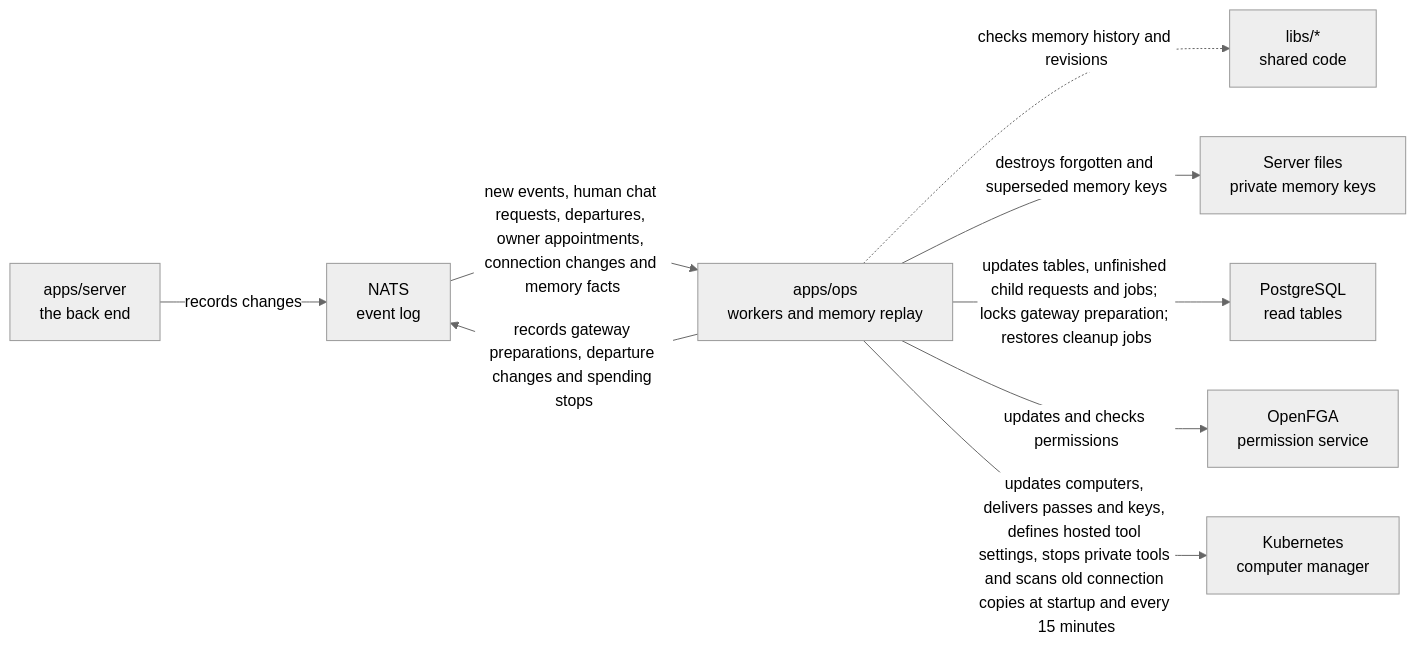
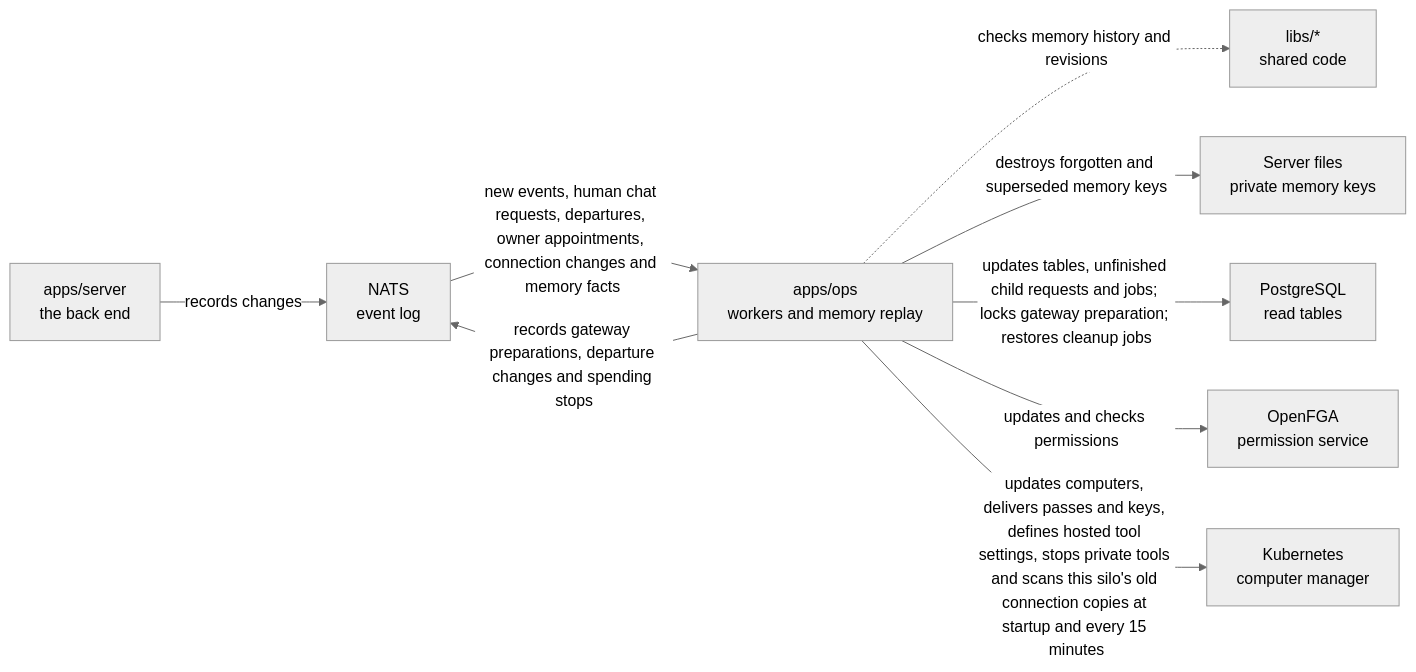
The diagram in apps/ops/README.md (elewa-git/opencrane-new), drawn with Mermaid (neutral theme) before and after one commit. The commit also changed other lines of this file and 7 other files, not shown here.

````diff
--- a/apps/ops/README.md
+++ b/apps/ops/README.md
@@ -11,11 +11,11 @@
 ```mermaid
 flowchart LR
   server["apps/server<br/>the back end"] -->|records changes| nats["NATS<br/>event log"]
   nats -->|new events, human chat requests, departures, owner appointments, connection changes and memory facts| ops["apps/ops<br/>workers and memory replay"]
   ops -->|records gateway preparations, departure changes and spending stops| nats
   ops -.->|checks memory history and revisions| libs["libs/*<br/>shared code"]
   ops -->|destroys forgotten and superseded memory keys| keys["Server files<br/>private memory keys"]
   ops -->|updates tables, unfinished child requests and jobs; locks gateway preparation; restores cleanup jobs| postgres["PostgreSQL<br/>read tables"]
   ops -->|updates and checks permissions| fga["OpenFGA<br/>permission service"]
-  ops -->|updates computers, delivers passes and keys, defines hosted tool settings, stops private tools and scans old connection copies at startup and every 15 minutes| kube["Kubernetes<br/>computer manager"]
+  ops -->|updates computers, delivers passes and keys, defines hosted tool settings, stops private tools and scans this silo's old connection copies at startup and every 15 minutes| kube["Kubernetes<br/>computer manager"]
 ```
````
